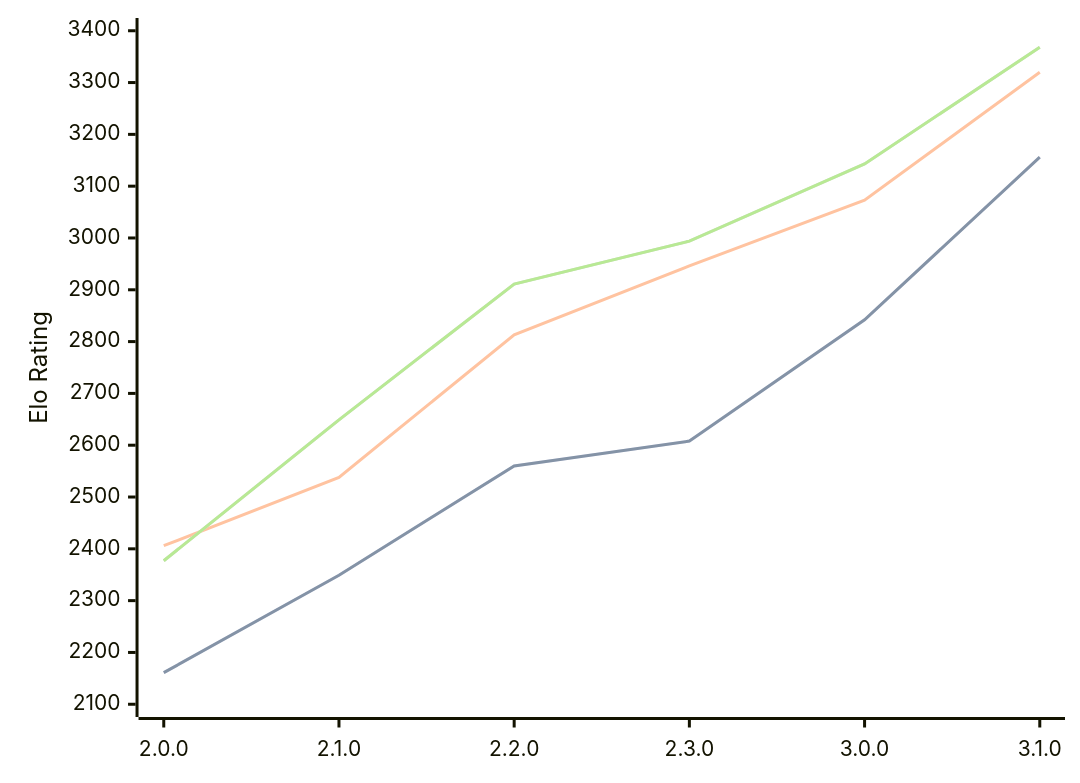
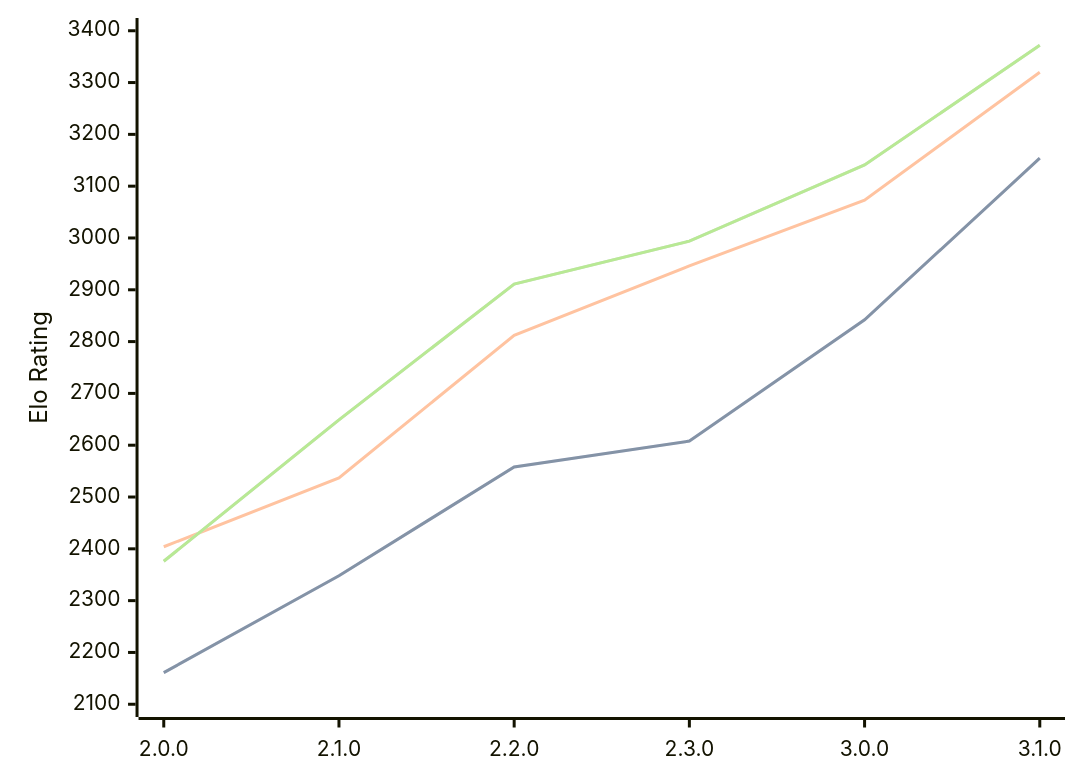
Before and after one commit to computer-chess-index/cci: the diagram in engines/Raphael.md, drawn with Mermaid. The commit also changed other lines of this file, not shown here.

Commit message:
Update CCI Ratings (ELO VLTC) - 2026-03-18

````diff
--- a/engines/Raphael.md
+++ b/engines/Raphael.md
@@ -46,11 +46,11 @@
 ```mermaid
 %%{init: {"theme":"base","themeVariables":{"seriesColors:['#a3a3a3','#222221','#faa371']}}}%%
 xychart-beta
   x-axis ["2.0.0", "2.1.0", "2.2.0", "2.3.0", "3.0.0", "3.1.0"]
   y-axis "Elo Rating" 2100 --> 3400
-  line "STC (8.0+0.08s)" [2161, 2349, 2560, 2608, 2842, 3156]
-  line "STC (8.0+0.08s)" [2161, 2349, 2560, 2608, 2842, 3156]
-  line "LTC (60.0+0.60s)" [2406, 2538, 2813, 2946, 3073, 3320]
-  line "VLTC (2m24s+1.12s)" [2377, 2649, 2911, 2994, 3143, 3368]
-  line "VLTC (2m24s+1.12s)" [2377, 2649, 2911, 2994, 3143, 3368]
+  line "STC (8.0+0.08s)" [2161, 2348, 2558, 2608, 2842, 3154]
+  line "STC (8.0+0.08s)" [2161, 2348, 2558, 2608, 2842, 3154]
+  line "LTC (60.0+0.60s)" [2404, 2537, 2812, 2946, 3073, 3320]
+  line "VLTC (2m24s+1.12s)" [2376, 2649, 2911, 2994, 3141, 3372]
+  line "VLTC (2m24s+1.12s)" [2376, 2649, 2911, 2994, 3141, 3372]
 ```
````
